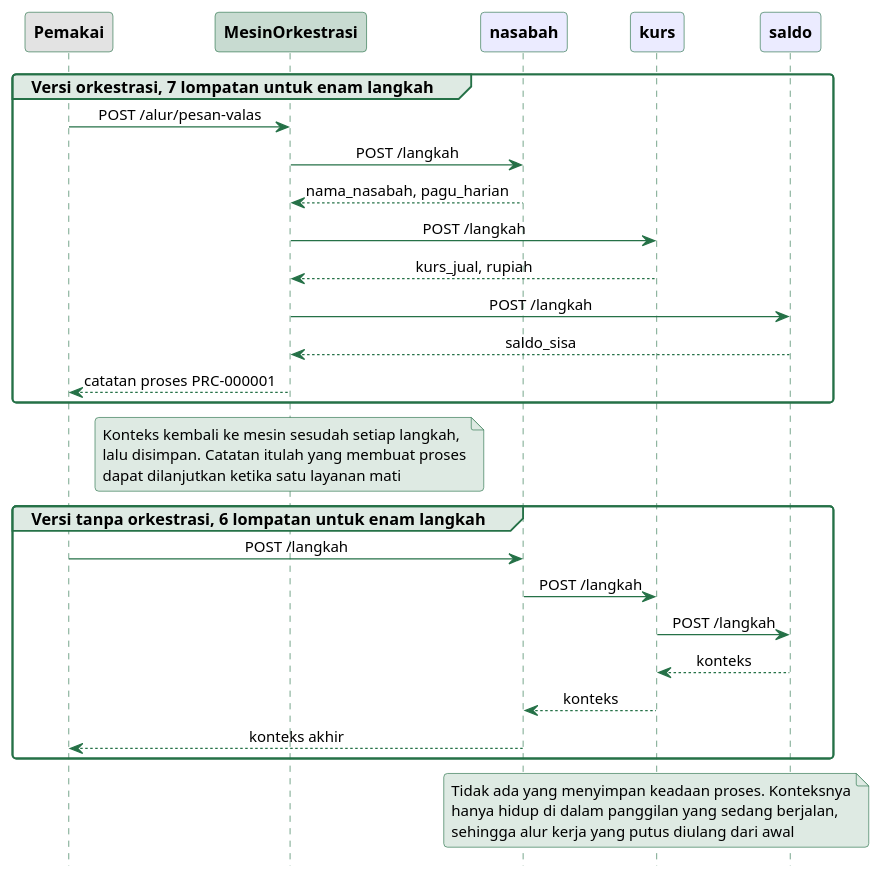
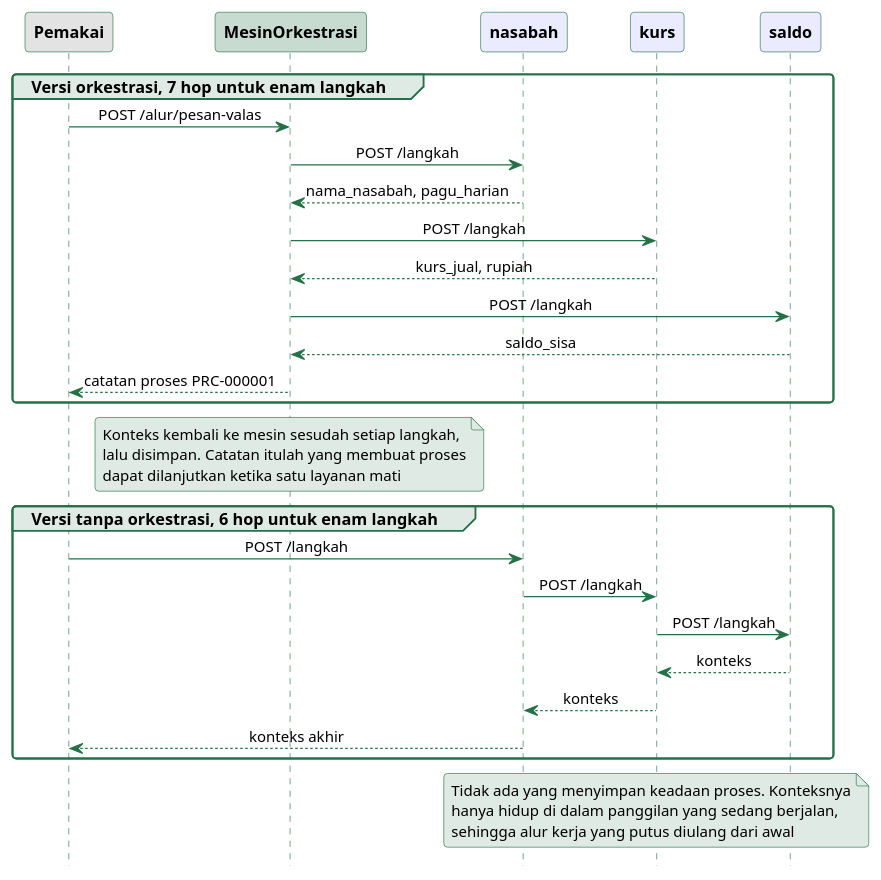
The diagram in sources/chapter12/diagram/sekuens-odsoa.puml (alfa-yohannis/software-architecture), drawn with PlantUML before and after one commit. The commit also changed other lines of this file and 71 other files, not shown here.

```diff
--- a/sources/chapter12/diagram/sekuens-odsoa.puml
+++ b/sources/chapter12/diagram/sekuens-odsoa.puml
@@ -12,64 +12,64 @@
 @startuml
 skinparam backgroundColor transparent
 skinparam defaultFontName Titillium Web
 skinparam defaultFontSize 13
 skinparam shadowing false
 skinparam roundCorner 6
 skinparam sequenceMessageAlignment center
 skinparam sequence {
   ArrowColor #257147
   ArrowFontSize 12
   LifeLineBorderColor #257147
   LifeLineBackgroundColor #DEEAE3
   ParticipantBorderColor #257147
   ParticipantFontColor black
   ParticipantFontSize 13
   ParticipantFontStyle bold
   GroupBackgroundColor #DEEAE3
   GroupBorderColor #257147
 }
 skinparam note {
   BackgroundColor #DEEAE3
   BorderColor #257147
   FontSize 12
 }
 hide footbox
 
 participant Pemakai as U #E3E3E3
 participant "MesinOrkestrasi" as M #C8DBD1
 participant nasabah as A #EBEBFF
 participant kurs as B #EBEBFF
 participant saldo as C #EBEBFF
 
-group Versi orkestrasi, 7 lompatan untuk enam langkah
+group Versi orkestrasi, 7 hop untuk enam langkah
   U -> M : POST /alur/pesan-valas
   M -> A : POST /langkah
   A --> M : nama_nasabah, pagu_harian
   M -> B : POST /langkah
   B --> M : kurs_jual, rupiah
   M -> C : POST /langkah
   C --> M : saldo_sisa
   M --> U : catatan proses PRC-000001
 end
 
 note over M
   Konteks kembali ke mesin sesudah setiap langkah,
   lalu disimpan. Catatan itulah yang membuat proses
   dapat dilanjutkan ketika satu layanan mati
 end note
 
-group Versi tanpa orkestrasi, 6 lompatan untuk enam langkah
+group Versi tanpa orkestrasi, 6 hop untuk enam langkah
   U -> A : POST /langkah
   A -> B : POST /langkah
   B -> C : POST /langkah
   C --> B : konteks
   B --> A : konteks
   A --> U : konteks akhir
 end
 
 note over A, C
   Tidak ada yang menyimpan keadaan proses. Konteksnya
   hanya hidup di dalam panggilan yang sedang berjalan,
   sehingga alur kerja yang putus diulang dari awal
 end note
 @enduml
```
